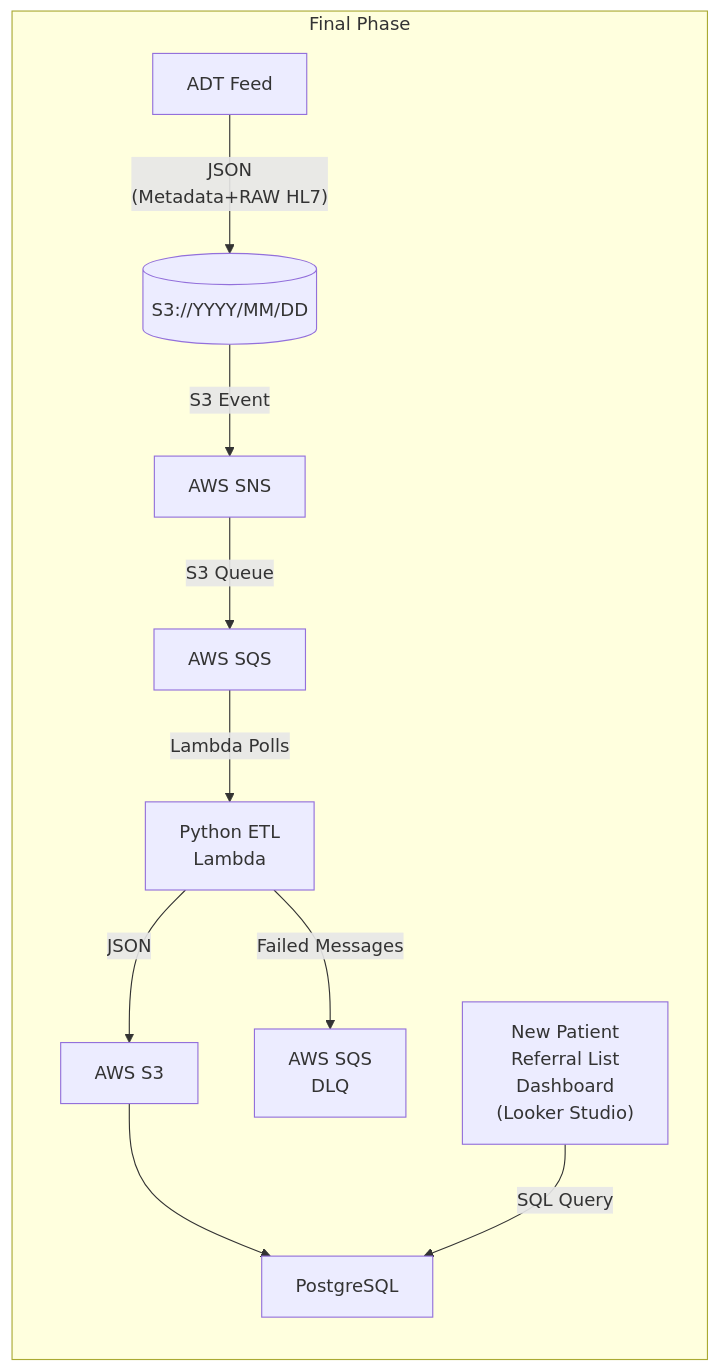
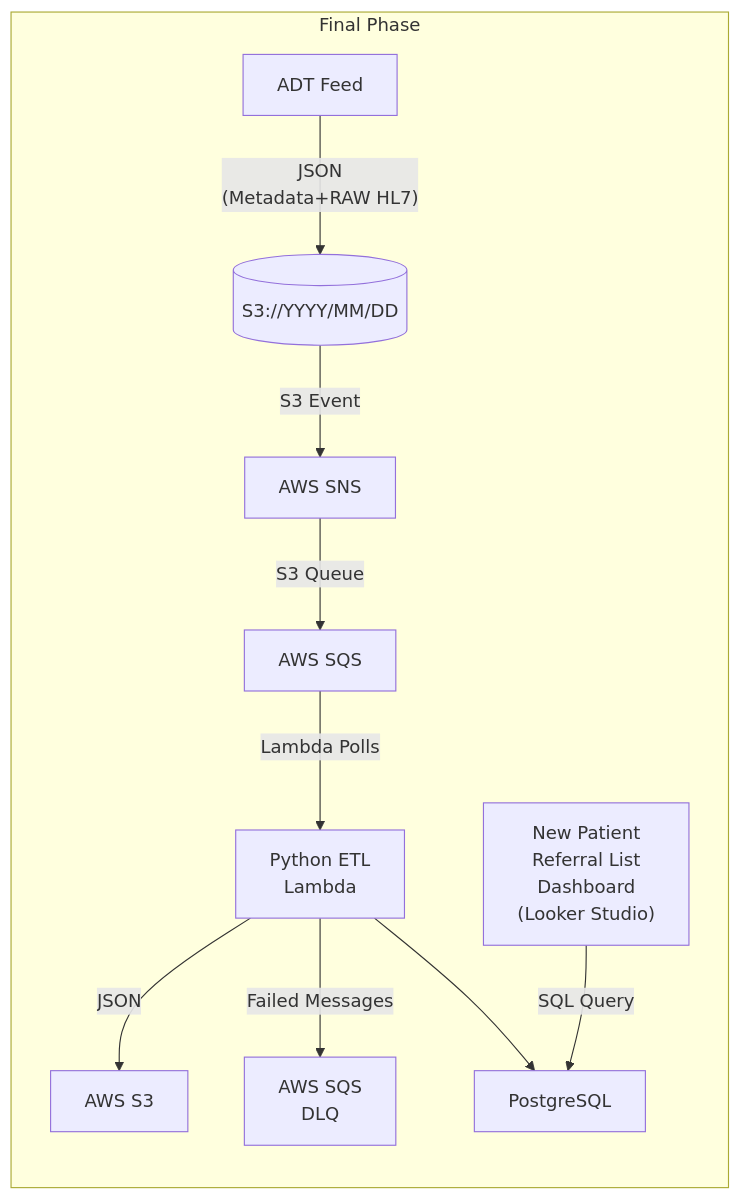
Before and after one commit to ovaisq/DataTooling: the diagram in final-phase.md, drawn with Mermaid.

````diff
--- a/final-phase.md
+++ b/final-phase.md
@@ -1,19 +1,19 @@
 ```mermaid
 flowchart LR
     subgraph "Final Phase"
     A["ADT Feed"] -- "JSON
     (Metadata+RAW HL7)" --> id2[(S3://YYYY/MM/DD)];
     id2 -- S3 Event --> sns["AWS SNS"]
     sns -- S3 Queue --> sqs["AWS SQS"]
     sqs -- Lambda Polls --> py["Python ETL
     Lambda"]
     py -- JSON --> s3["AWS S3"]
     py -- "Failed Messages" --> dlq["AWS SQS
     DLQ"]
-    s3  --> F["PostgreSQL"]
+    py  --> F["PostgreSQL"]
     L["New Patient 
     Referral List
     Dashboard
     (Looker Studio)"] -- SQL Query --> F
     end
 ```
````
